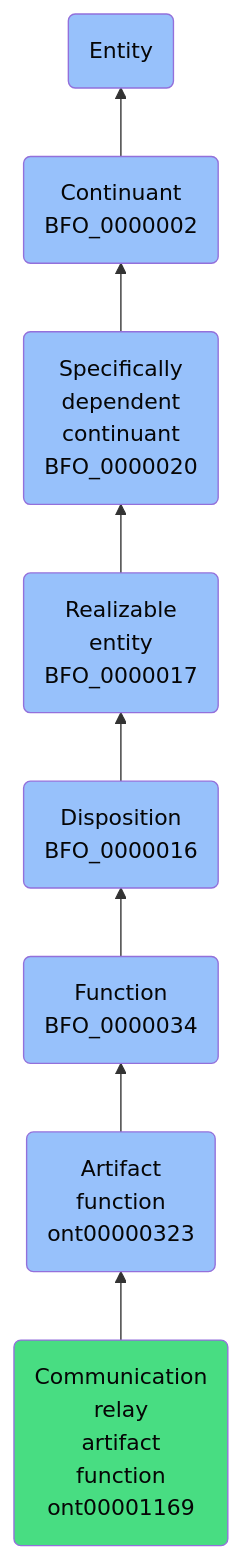
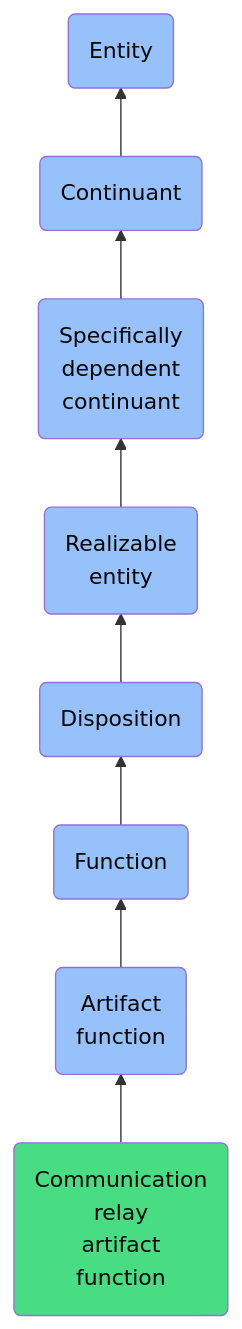
The diagram in docs/ontology/reference/model/Entity/Continuant/Specifically dependent continuant/Realizable entity/Disposition/Function/Artifact function/Communication relay artifact function/Communication relay artifact function.md (jupyter-naas/abi), drawn with Mermaid before and after one commit. The commit also changed other lines of this file and 1430 other files, not shown here.

````diff
--- a/docs/ontology/reference/model/Entity/Continuant/Specifically dependent continuant/Realizable entity/Disposition/Function/Artifact function/Communication relay artifact function/Communication relay artifact function.md
+++ b/docs/ontology/reference/model/Entity/Continuant/Specifically dependent continuant/Realizable entity/Disposition/Function/Artifact function/Communication relay artifact function/Communication relay artifact function.md
@@ -24,15 +24,15 @@
 ```mermaid
 graph BT
-    ont00001169(Communication<br>relay<br>artifact<br>function<br>ont00001169):::ABI-->ont00000323
-    ont00000323(Artifact<br>function<br>ont00000323):::BFO-->BFO_0000034
-    BFO_0000034(Function<br>BFO_0000034):::BFO-->BFO_0000016
-    BFO_0000016(Disposition<br>BFO_0000016):::BFO-->BFO_0000017
-    BFO_0000017(Realizable<br>entity<br>BFO_0000017):::BFO-->BFO_0000020
-    BFO_0000020(Specifically<br>dependent<br>continuant<br>BFO_0000020):::BFO-->BFO_0000002
-    BFO_0000002(Continuant<br>BFO_0000002):::BFO-->BFO_0000001
+    ont00001169(Communication<br>relay<br>artifact<br>function):::ABI-->ont00000323
+    ont00000323(Artifact<br>function):::BFO-->BFO_0000034
+    BFO_0000034(Function):::BFO-->BFO_0000016
+    BFO_0000016(Disposition):::BFO-->BFO_0000017
+    BFO_0000017(Realizable<br>entity):::BFO-->BFO_0000020
+    BFO_0000020(Specifically<br>dependent<br>continuant):::BFO-->BFO_0000002
+    BFO_0000002(Continuant):::BFO-->BFO_0000001
     BFO_0000001(Entity):::BFO
     
     classDef BFO fill:#97c1fb,color:#060606
     classDef CCO fill:#e4c51e,color:#060606
     classDef ABI fill:#48DD82,color:#060606
 ```
````
